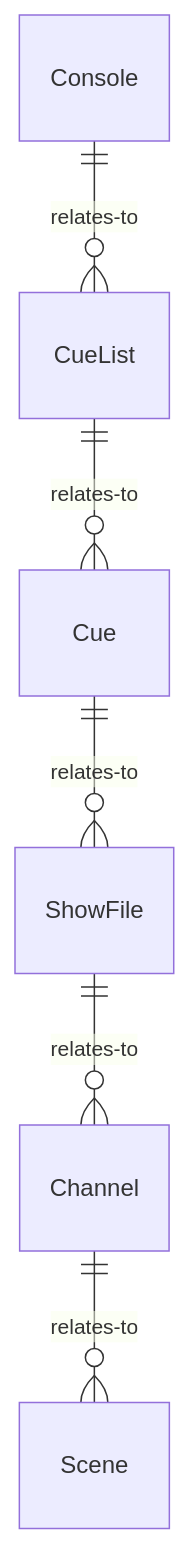
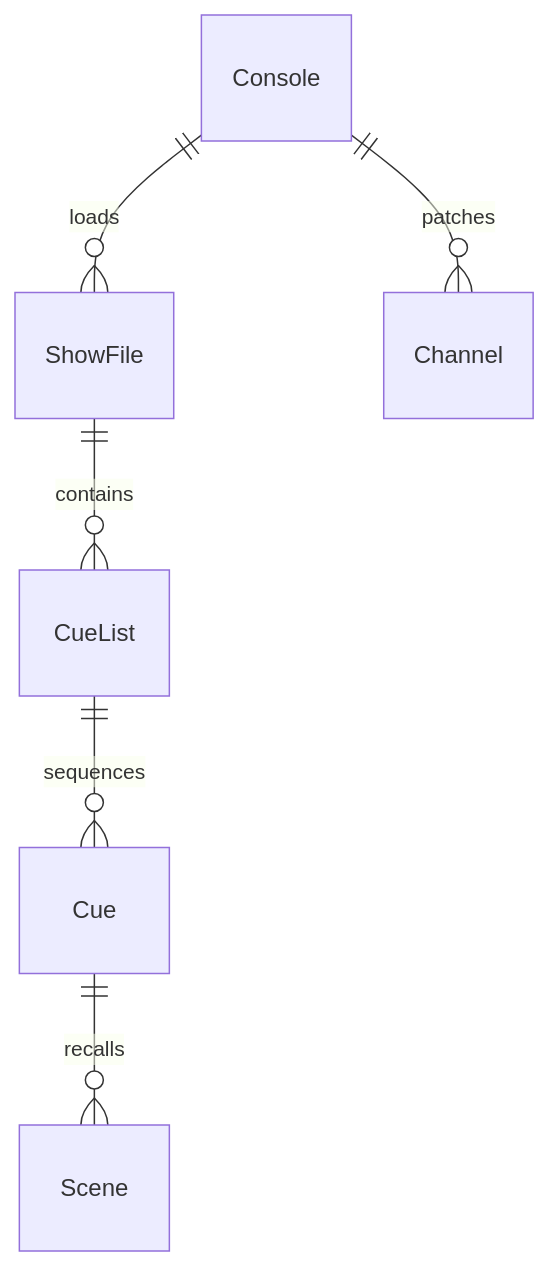
One commit to dot-org-ai/tasks.org.ai changed the first of 4 diagrams in ControllingMachinesAndProcesses/OperateAudiovisualOrRelatedEquipment/OperateControlConsolesSoundLighting.mdx. Above: the diagram before and after it, drawn with Mermaid. The commit also changed other lines of this file and 515 other files, not shown here.

````diff
--- a/ControllingMachinesAndProcesses/OperateAudiovisualOrRelatedEquipment/OperateControlConsolesSoundLighting.mdx
+++ b/ControllingMachinesAndProcesses/OperateAudiovisualOrRelatedEquipment/OperateControlConsolesSoundLighting.mdx
@@ -88,8 +88,8 @@
 ```mermaid
 erDiagram
-    Console ||--o{ CueList : relates-to
-    CueList ||--o{ Cue : relates-to
-    Cue ||--o{ ShowFile : relates-to
-    ShowFile ||--o{ Channel : relates-to
-    Channel ||--o{ Scene : relates-to
+    Console ||--o{ ShowFile : loads
+    ShowFile ||--o{ CueList : contains
+    CueList ||--o{ Cue : sequences
+    Console ||--o{ Channel : patches
+    Cue ||--o{ Scene : recalls
 ```
````
